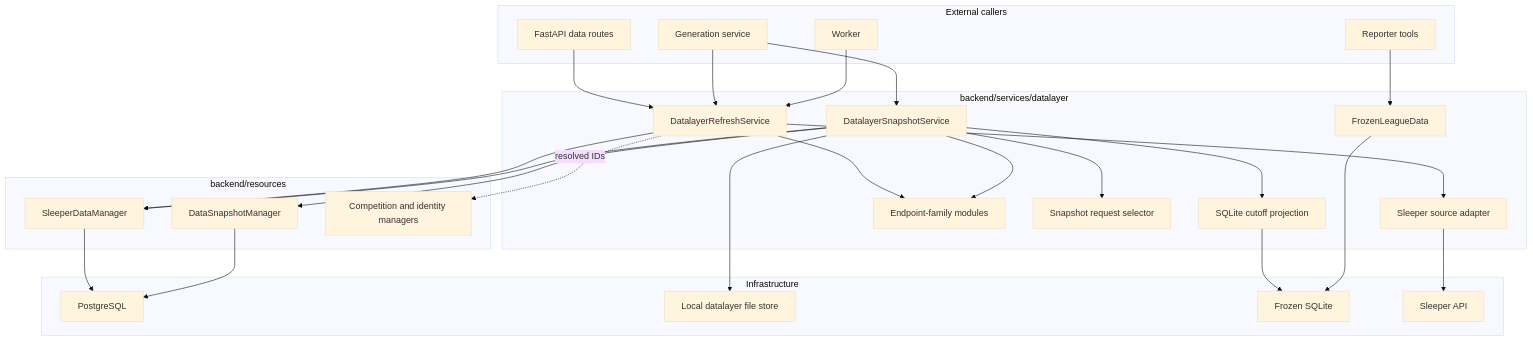
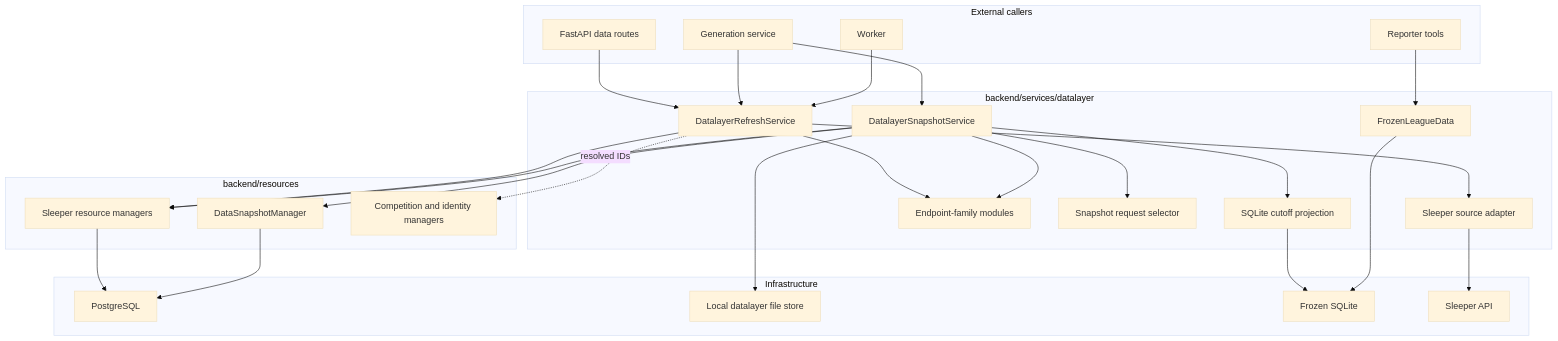
The diagram in docs/datalayer/architecture.md (maxwn04/AIdamShefter-v2), drawn with Mermaid (base theme) before and after one commit. The commit also changed other lines of this file and 18 other files, not shown here.

````diff
--- a/docs/datalayer/architecture.md
+++ b/docs/datalayer/architecture.md
@@ -21,53 +21,53 @@
 ```mermaid
 flowchart TB
     subgraph External["External callers"]
         API["FastAPI data routes"]
         Generation["Generation service"]
         Worker["Worker"]
         Reporter["Reporter tools"]
     end
 
     subgraph Service["backend/services/datalayer"]
         Refresh["DatalayerRefreshService"]
         Source["Sleeper source adapter"]
         Endpoints["Endpoint-family modules"]
         Snapshot["DatalayerSnapshotService"]
         Selector["Snapshot request selector"]
         Projection["SQLite cutoff projection"]
         Query["FrozenLeagueData"]
     end
 
     subgraph Resources["backend/resources"]
-        DataManager["SleeperDataManager"]
+        DataManagers["Sleeper resource managers"]
         SnapshotManager["DataSnapshotManager"]
         CoreManagers["Competition and identity managers"]
     end
 
     subgraph Infrastructure["Infrastructure"]
         PG["PostgreSQL"]
         Files["Local datalayer file store"]
         SQLite["Frozen SQLite"]
         SleeperAPI["Sleeper API"]
     end
 
     API --> Refresh
     Generation --> Refresh
     Generation --> Snapshot
     Worker --> Refresh
     Refresh --> Source
     Source --> SleeperAPI
     Refresh --> Endpoints
-    Refresh --> DataManager
-    DataManager --> PG
+    Refresh --> DataManagers
+    DataManagers --> PG
     Snapshot --> Selector
-    Snapshot --> DataManager
+    Snapshot --> DataManagers
     Snapshot --> SnapshotManager
     Snapshot --> Endpoints
     Snapshot --> Projection
     Snapshot --> Files
     SnapshotManager --> PG
     Projection --> SQLite
     Reporter --> Query
     Query --> SQLite
     Refresh -. "resolved IDs" .-> CoreManagers
 ```
````
